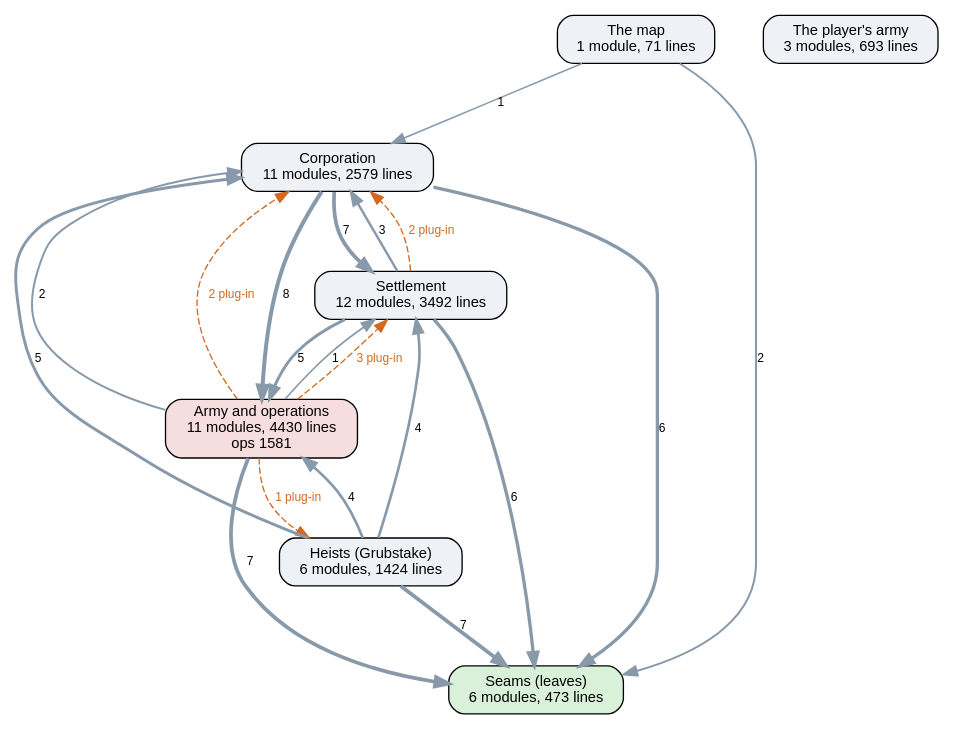
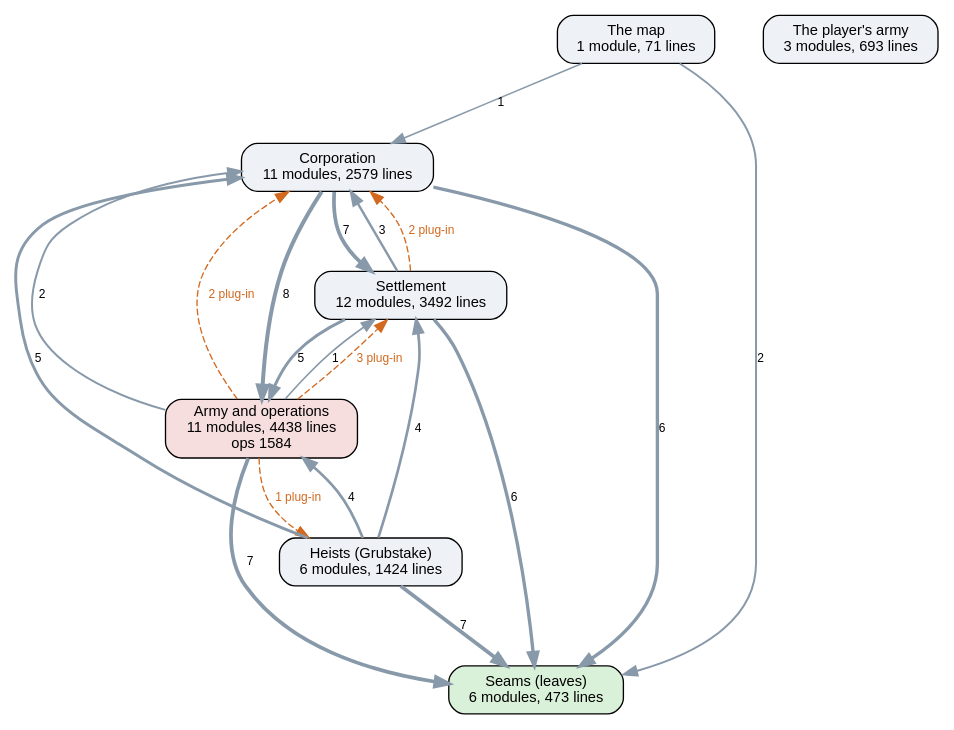
One commit to kinelhu/landing-party changed the diagram in docs/ai-layers.dot. Above: the diagram before and after it, drawn with Graphviz. The commit also changed 15 other files, not shown here.

```diff
--- a/docs/ai-layers.dot
+++ b/docs/ai-layers.dot
@@ -1,31 +1,31 @@
 digraph layers {
   graph [rankdir=TB, fontname="Helvetica", nodesep=0.5, ranksep=0.7];
   node [shape=box, style="rounded,filled", fontname="Helvetica", fontsize=11, fillcolor="#eef2f7"];
   edge [color="#8899aa", fontname="Helvetica", fontsize=9];
   "Seams (leaves)" [label="Seams (leaves)\n6 modules, 473 lines", fillcolor="#d9f0d9"];
   "Corporation" [label="Corporation\n11 modules, 2579 lines", fillcolor="#eef2f7"];
   "Settlement" [label="Settlement\n12 modules, 3492 lines", fillcolor="#eef2f7"];
-  "Army and operations" [label="Army and operations\n11 modules, 4430 lines\nops 1581", fillcolor="#f7dede"];
+  "Army and operations" [label="Army and operations\n11 modules, 4438 lines\nops 1584", fillcolor="#f7dede"];
   "Heists (Grubstake)" [label="Heists (Grubstake)\n6 modules, 1424 lines", fillcolor="#eef2f7"];
   "The map" [label="The map\n1 module, 71 lines", fillcolor="#eef2f7"];
   "The player's army" [label="The player's army\n3 modules, 693 lines", fillcolor="#eef2f7"];
   "Army and operations" -> "Corporation" [label="2", penwidth=1.5];
   "Army and operations" -> "Seams (leaves)" [label="7", penwidth=2.8];
   "Army and operations" -> "Settlement" [label="1", penwidth=1.2];
   "Corporation" -> "Army and operations" [label="8", penwidth=3.0];
   "Corporation" -> "Seams (leaves)" [label="6", penwidth=2.5];
   "Corporation" -> "Settlement" [label="7", penwidth=2.8];
   "Heists (Grubstake)" -> "Army and operations" [label="4", penwidth=2.0];
   "Heists (Grubstake)" -> "Corporation" [label="5", penwidth=2.2];
   "Heists (Grubstake)" -> "Seams (leaves)" [label="7", penwidth=2.8];
   "Heists (Grubstake)" -> "Settlement" [label="4", penwidth=2.0];
   "Settlement" -> "Army and operations" [label="5", penwidth=2.2];
   "Settlement" -> "Corporation" [label="3", penwidth=1.8];
   "Settlement" -> "Seams (leaves)" [label="6", penwidth=2.5];
   "The map" -> "Corporation" [label="1", penwidth=1.2];
   "The map" -> "Seams (leaves)" [label="2", penwidth=1.5];
   "Army and operations" -> "Corporation" [style=dashed, color="#d2691e", fontcolor="#d2691e", label="2 plug-in"];
   "Army and operations" -> "Heists (Grubstake)" [style=dashed, color="#d2691e", fontcolor="#d2691e", label="1 plug-in"];
   "Army and operations" -> "Settlement" [style=dashed, color="#d2691e", fontcolor="#d2691e", label="3 plug-in"];
   "Settlement" -> "Corporation" [style=dashed, color="#d2691e", fontcolor="#d2691e", label="2 plug-in"];
 }
```
